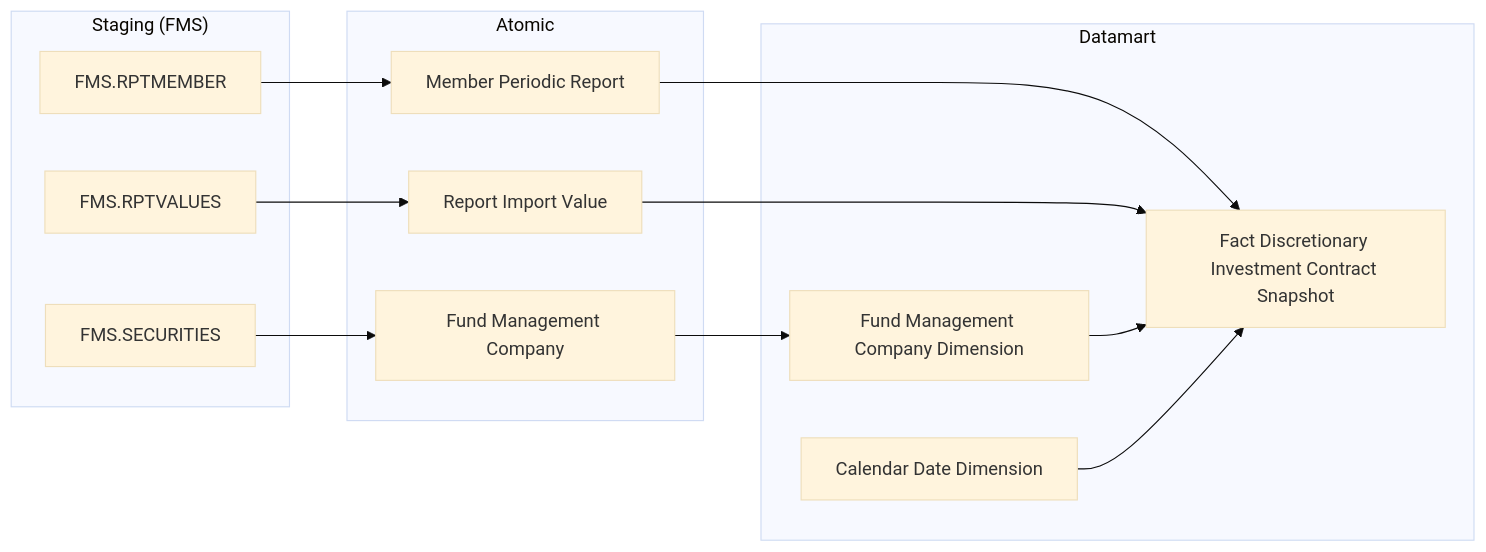
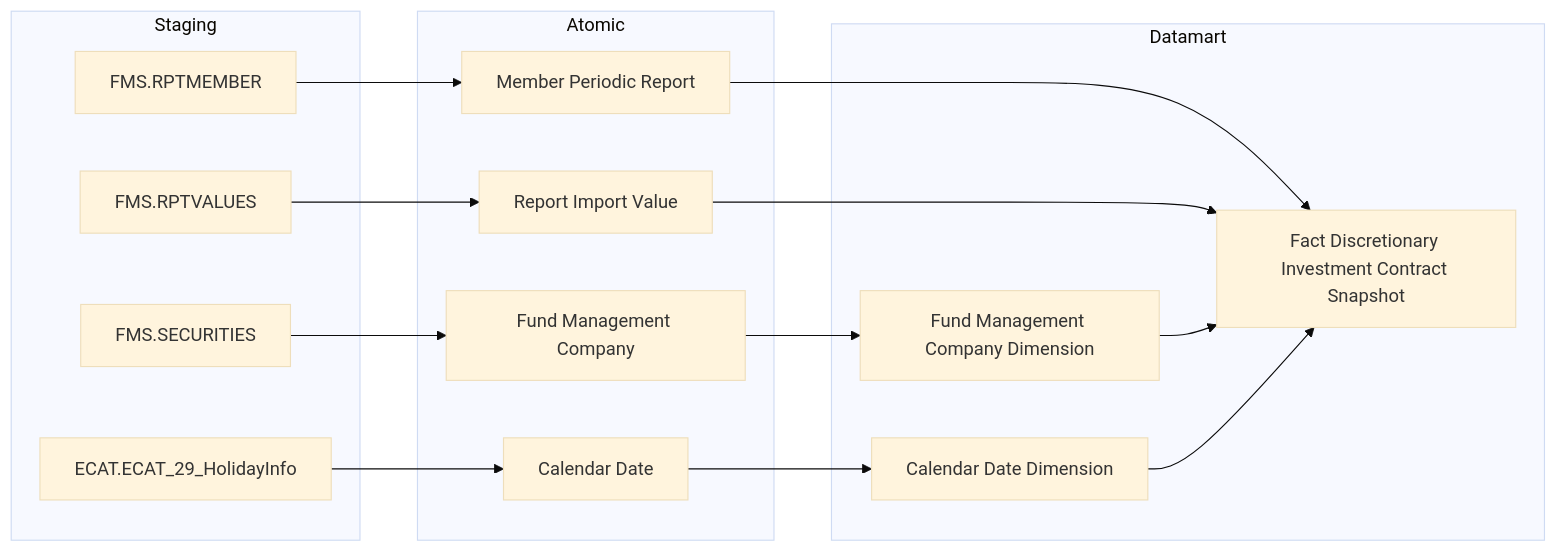
Before and after one commit to linhlvit/ubck_atomic_design: the second of 37 diagrams in Datamart/hld/DTM_FMS_HLD.md, drawn with Mermaid (base theme). The commit also changed other lines of this file and 10 other files, not shown here.

````diff
--- a/Datamart/hld/DTM_FMS_HLD.md
+++ b/Datamart/hld/DTM_FMS_HLD.md
@@ -81,31 +59,35 @@
 ```mermaid
 flowchart LR
-    subgraph SRC["Staging (FMS)"]
+    subgraph SRC["Staging"]
         S1["FMS.RPTMEMBER"]
         S2["FMS.RPTVALUES"]
         S3["FMS.SECURITIES"]
+        SE1["ECAT.ECAT_29_HolidayInfo"]
     end
 
     subgraph SIL["Atomic"]
         SV1["Member Periodic Report"]
         SV2["Report Import Value"]
         SV3["Fund Management Company"]
+        SV4["Calendar Date"]
     end
 
     subgraph GOLD["Datamart"]
         G1["Fact Discretionary Investment Contract Snapshot"]
         G2["Fund Management Company Dimension"]
         G3["Calendar Date Dimension"]
     end
 
     S1 --> SV1
     S2 --> SV2
     S3 --> SV3
+    SE1 --> SV4
 
     SV1 --> G1
     SV2 --> G1
     SV3 --> G2
+    SV4 --> G3
 
     G2 --> G1
     G3 --> G1
 ```
````
